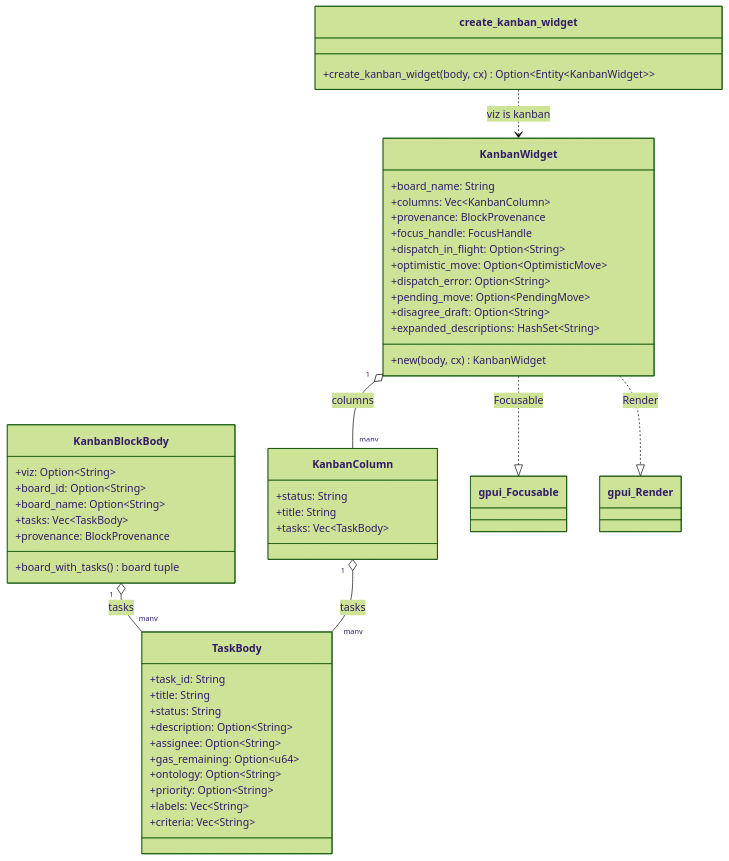
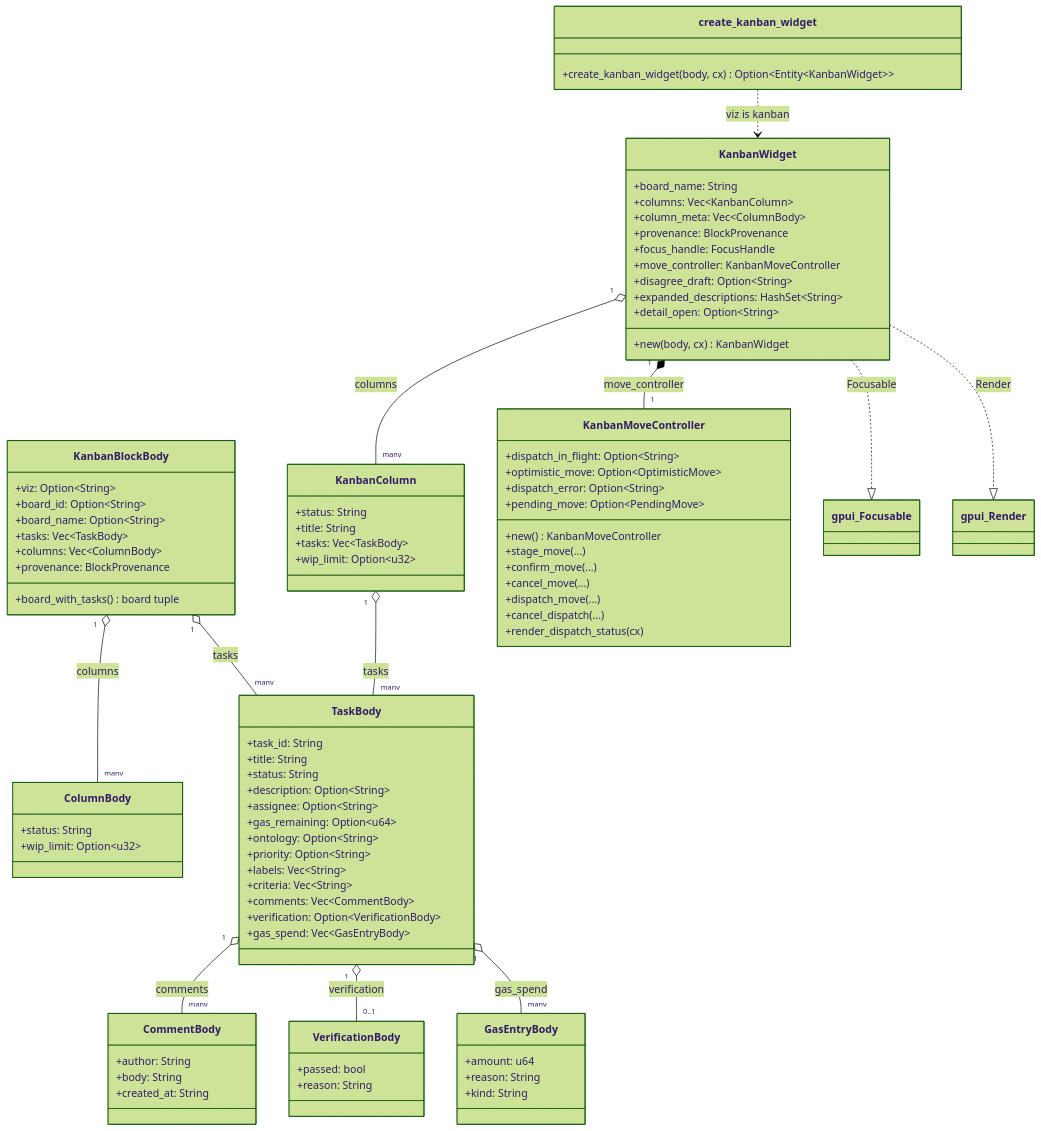
One commit to MO-AXO/zed-kask changed the diagram in kask/docs/diagrams/class-hkask-kanban-widget.md. Above: the diagram before and after it, drawn with Mermaid (forest theme). The commit also changed other lines of this file and 10 other files, not shown here.

First line of the commit message:
Extract shared compose-back helper and kanban move controller

```diff
--- a/kask/docs/diagrams/class-hkask-kanban-widget.md
+++ b/kask/docs/diagrams/class-hkask-kanban-widget.md
@@ -24,8 +24,13 @@
         +board_id: Option~String~
         +board_name: Option~String~
         +tasks: Vec~TaskBody~
+        +columns: Vec~ColumnBody~
         +provenance: BlockProvenance
         +board_with_tasks() board tuple
+    }
+    class ColumnBody {
+        +status: String
+        +wip_limit: Option~u32~
     }
     class TaskBody {
         +task_id: String
@@ -38,23 +43,53 @@
         +priority: Option~String~
         +labels: Vec~String~
         +criteria: Vec~String~
+        +comments: Vec~CommentBody~
+        +verification: Option~VerificationBody~
+        +gas_spend: Vec~GasEntryBody~
+    }
+    class CommentBody {
+        +author: String
+        +body: String
+        +created_at: String
+    }
+    class VerificationBody {
+        +passed: bool
+        +reason: String
+    }
+    class GasEntryBody {
+        +amount: u64
+        +reason: String
+        +kind: String
     }
     class KanbanColumn {
         +status: String
         +title: String
         +tasks: Vec~TaskBody~
+        +wip_limit: Option~u32~
+    }
+    class KanbanMoveController {
+        +dispatch_in_flight: Option~String~
+        +optimistic_move: Option~OptimisticMove~
+        +dispatch_error: Option~String~
+        +pending_move: Option~PendingMove~
+        +new() KanbanMoveController
+        +stage_move(...)
+        +confirm_move(...)
+        +cancel_move(...)
+        +dispatch_move(...)
+        +cancel_dispatch(...)
+        +render_dispatch_status(cx)
     }
     class KanbanWidget {
         +board_name: String
         +columns: Vec~KanbanColumn~
+        +column_meta: Vec~ColumnBody~
         +provenance: BlockProvenance
         +focus_handle: FocusHandle
-        +dispatch_in_flight: Option~String~
-        +optimistic_move: Option~OptimisticMove~
-        +dispatch_error: Option~String~
-        +pending_move: Option~PendingMove~
+        +move_controller: KanbanMoveController
         +disagree_draft: Option~String~
         +expanded_descriptions: HashSet~String~
+        +detail_open: Option~String~
         +new(body, cx) KanbanWidget
     }
     class create_kanban_widget {
@@ -62,6 +97,11 @@
     }
 
     KanbanBlockBody "1" o-- "many" TaskBody : tasks
+    KanbanBlockBody "1" o-- "many" ColumnBody : columns
+    TaskBody "1" o-- "many" CommentBody : comments
+    TaskBody "1" o-- "0..1" VerificationBody : verification
+    TaskBody "1" o-- "many" GasEntryBody : gas_spend
+    KanbanWidget "1" *-- "1" KanbanMoveController : move_controller
     KanbanWidget "1" o-- "many" KanbanColumn : columns
     KanbanColumn "1" o-- "many" TaskBody : tasks
     KanbanWidget ..|> gpui_Focusable : Focusable
```
